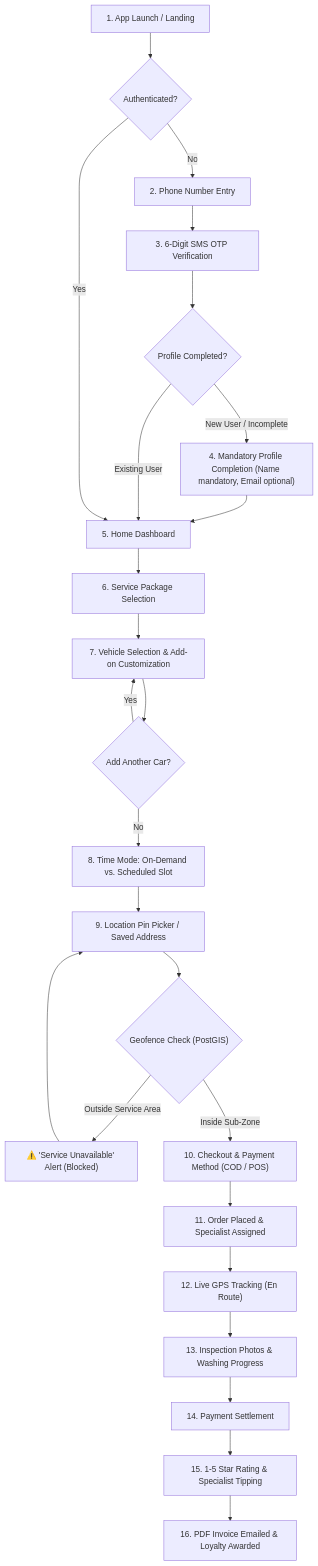
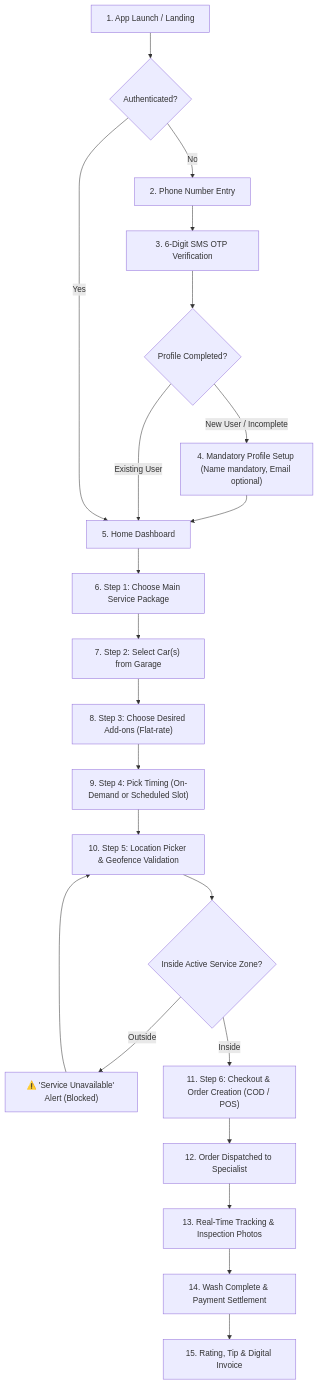
The diagram in docs/flows/customer-flow.md (fsdevriver/800-doc), drawn with Mermaid before and after one commit. The commit also changed 3 other files, not shown here.

Commit message:
feat: streamline ordering system (service-first, car-type base pricing, flat add-ons)

````diff
--- a/docs/flows/customer-flow.md
+++ b/docs/flows/customer-flow.md
@@ -9,30 +9,27 @@
 ```mermaid
 graph TD
     A["1. App Launch / Landing"] --> B{"Authenticated?"}
     B -->|No| C["2. Phone Number Entry"]
     C --> D["3. 6-Digit SMS OTP Verification"]
     D --> E{"Profile Completed?"}
-    E -->|New User / Incomplete| F["4. Mandatory Profile Completion (Name mandatory, Email optional)"]
+    E -->|New User / Incomplete| F["4. Mandatory Profile Setup (Name mandatory, Email optional)"]
     F --> G["5. Home Dashboard"]
     E -->|Existing User| G
     B -->|Yes| G
 
-    G --> H["6. Service Package Selection"]
-    H --> I["7. Vehicle Selection & Add-on Customization"]
-    I --> J{"Add Another Car?"}
-    J -->|Yes| I
-    J -->|No| K["8. Time Mode: On-Demand vs. Scheduled Slot"]
+    G --> H["6. Step 1: Choose Main Service Package"]
+    H --> I["7. Step 2: Select Car(s) from Garage"]
+    I --> J["8. Step 3: Choose Desired Add-ons (Flat-rate)"]
     
-    K --> L["9. Location Pin Picker / Saved Address"]
-    L --> M{"Geofence Check (PostGIS)"}
-    M -->|Outside Service Area| N["⚠️ 'Service Unavailable' Alert (Blocked)"]
+    J --> K["9. Step 4: Pick Timing (On-Demand or Scheduled Slot)"]
+    K --> L["10. Step 5: Location Picker & Geofence Validation"]
+    L --> M{"Inside Active Service Zone?"}
+    M -->|Outside| N["⚠️ 'Service Unavailable' Alert (Blocked)"]
     N --> L
-    M -->|Inside Sub-Zone| O["10. Checkout & Payment Method (COD / POS)"]
+    M -->|Inside| O["11. Step 6: Checkout & Order Creation (COD / POS)"]
     
-    O --> P["11. Order Placed & Specialist Assigned"]
-    P --> Q["12. Live GPS Tracking (En Route)"]
-    Q --> R["13. Inspection Photos & Washing Progress"]
-    R --> S["14. Payment Settlement"]
-    S --> T["15. 1-5 Star Rating & Specialist Tipping"]
-    T --> U["16. PDF Invoice Emailed & Loyalty Awarded"]
+    O --> P["12. Order Dispatched to Specialist"]
+    P --> Q["13. Real-Time Tracking & Inspection Photos"]
+    Q --> R["14. Wash Complete & Payment Settlement"]
+    R --> S["15. Rating, Tip & Digital Invoice"]
 ```
````
